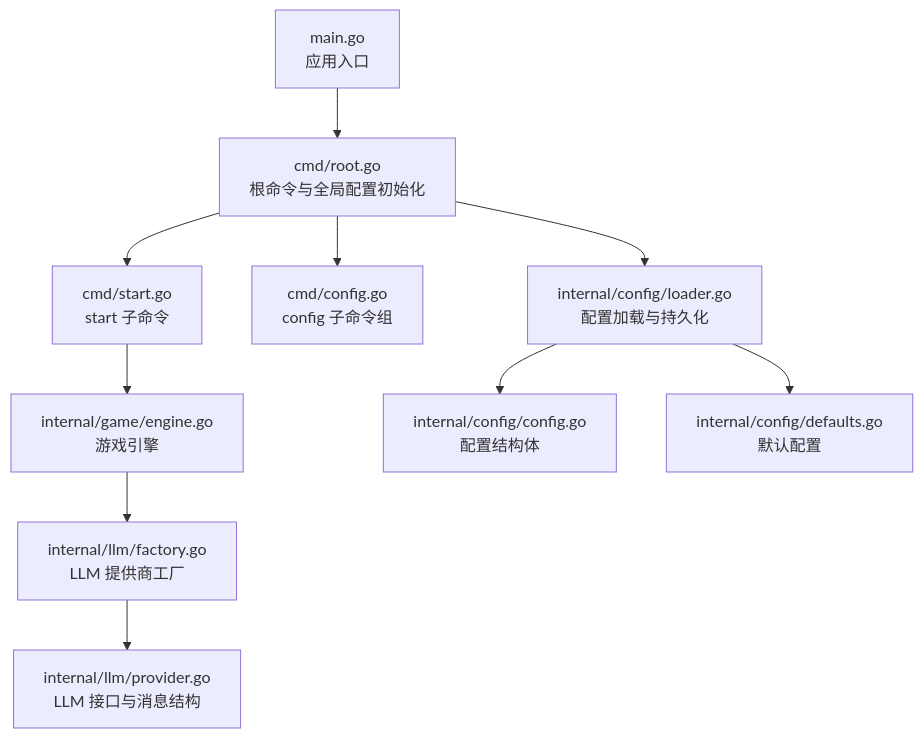
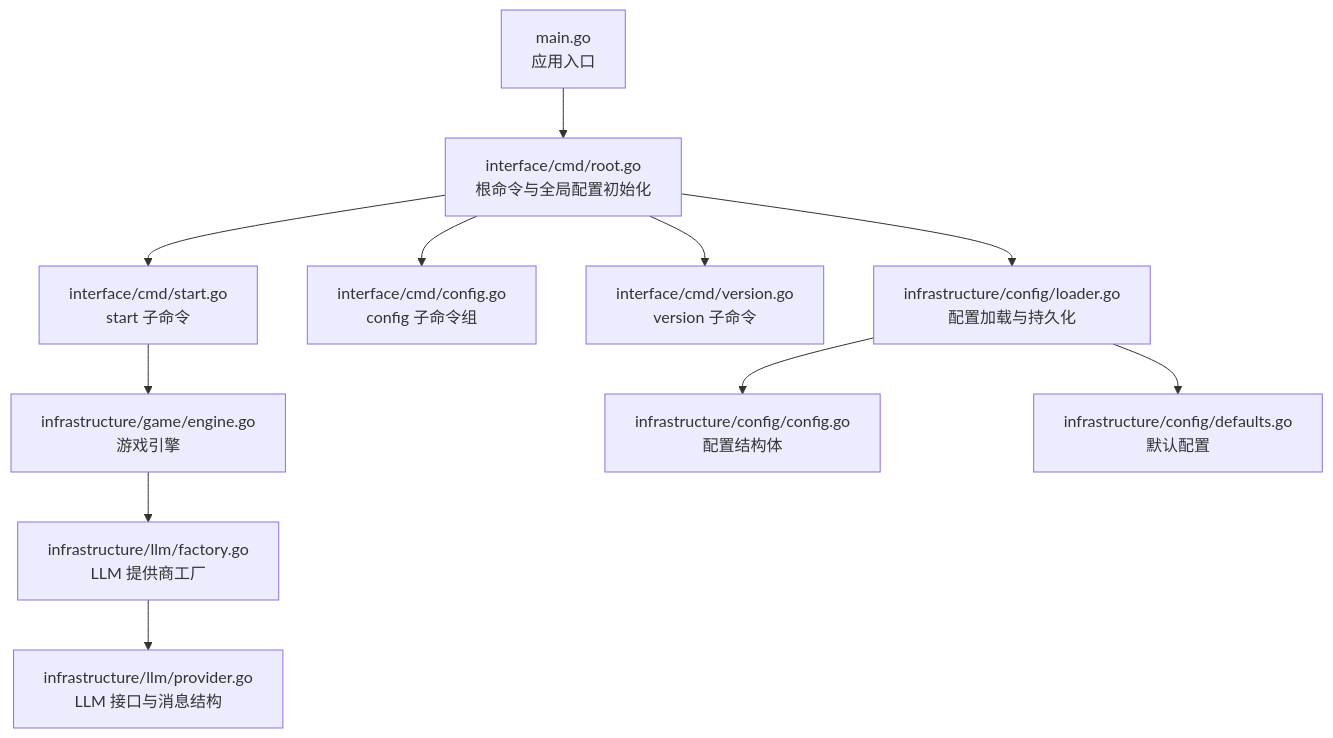
One commit to zwh8800/cdnd changed the first of 7 diagrams in .qoder/repowiki/zh/content/部署与运维.md. Above: the diagram before and after it, drawn with Mermaid. The commit also changed other lines of this file and 11 other files, not shown here.

````diff
--- a/.qoder/repowiki/zh/content/部署与运维.md
+++ b/.qoder/repowiki/zh/content/部署与运维.md
@@ -45,12 +58,13 @@
 ```mermaid
 graph TB
-A["main.go<br/>应用入口"] --> B["cmd/root.go<br/>根命令与全局配置初始化"]
-B --> C["cmd/start.go<br/>start 子命令"]
-B --> D["cmd/config.go<br/>config 子命令组"]
-C --> E["internal/game/engine.go<br/>游戏引擎"]
-E --> F["internal/llm/factory.go<br/>LLM 提供商工厂"]
-F --> G["internal/llm/provider.go<br/>LLM 接口与消息结构"]
-B --> H["internal/config/loader.go<br/>配置加载与持久化"]
-H --> I["internal/config/config.go<br/>配置结构体"]
-H --> J["internal/config/defaults.go<br/>默认配置"]
+A["main.go<br/>应用入口"] --> B["interface/cmd/root.go<br/>根命令与全局配置初始化"]
+B --> C["interface/cmd/start.go<br/>start 子命令"]
+B --> D["interface/cmd/config.go<br/>config 子命令组"]
+B --> K["interface/cmd/version.go<br/>version 子命令"]
+C --> E["infrastructure/game/engine.go<br/>游戏引擎"]
+E --> F["infrastructure/llm/factory.go<br/>LLM 提供商工厂"]
+F --> G["infrastructure/llm/provider.go<br/>LLM 接口与消息结构"]
+B --> H["infrastructure/config/loader.go<br/>配置加载与持久化"]
+H --> I["infrastructure/config/config.go<br/>配置结构体"]
+H --> J["infrastructure/config/defaults.go<br/>默认配置"]
 ```
````
